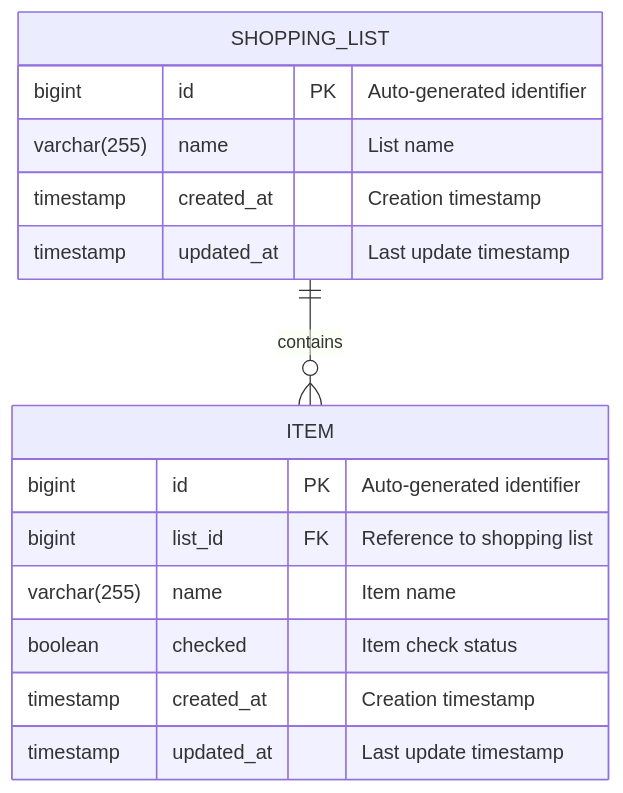
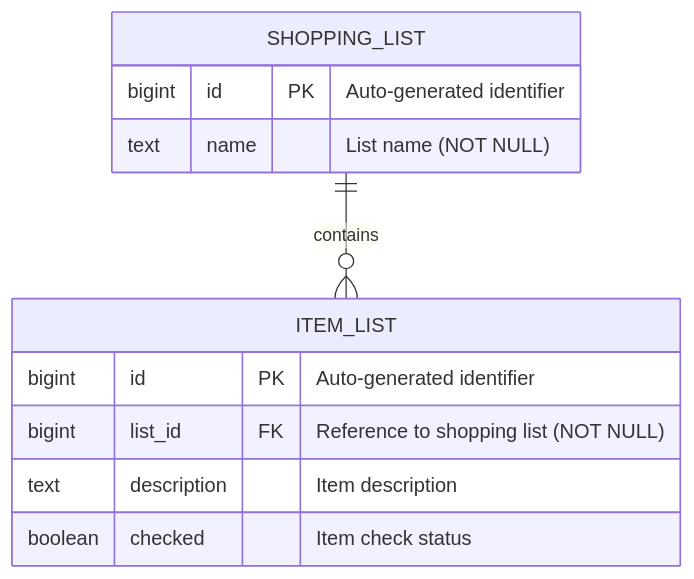
One commit to tsantanadev/lista-ai changed the second of 2 diagrams in README.md. Above: the diagram before and after it, drawn with Mermaid. The commit also changed other lines of this file and 52 other files, not shown here.

````diff
--- a/README.md
+++ b/README.md
@@ -110,20 +110,16 @@
 ```mermaid
 erDiagram
-    SHOPPING_LIST ||--o{ ITEM : contains
-    
+    SHOPPING_LIST ||--o{ ITEM_LIST : contains
+
     SHOPPING_LIST {
         bigint id PK "Auto-generated identifier"
-        varchar(255) name "List name"
-        timestamp created_at "Creation timestamp"
-        timestamp updated_at "Last update timestamp"
+        text name "List name (NOT NULL)"
     }
-    
-    ITEM {
+
+    ITEM_LIST {
         bigint id PK "Auto-generated identifier"
-        bigint list_id FK "Reference to shopping list"
-        varchar(255) name "Item name"
+        bigint list_id FK "Reference to shopping list (NOT NULL)"
+        text description "Item description"
         boolean checked "Item check status"
-        timestamp created_at "Creation timestamp"
-        timestamp updated_at "Last update timestamp"
     }
 ```
````
